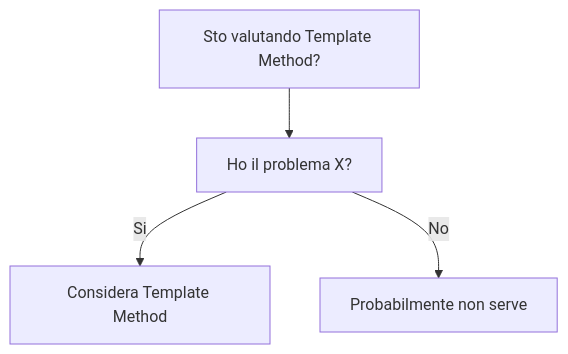
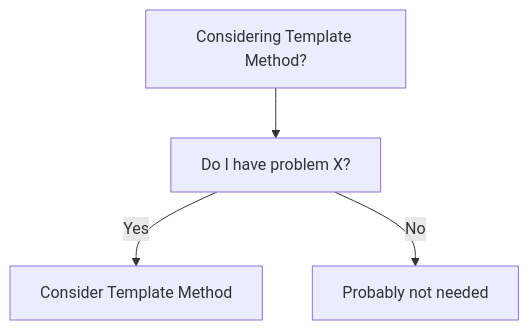
Before and after one commit to HxT9/Software-Dev-Wiki: the diagram in dev-wiki/03_Design_Patterns/Behavioral/Template_Method/When_To_Use.md, drawn with Mermaid. The commit also changed other lines of this file and 3444 other files, not shown here.

````diff
--- a/dev-wiki/03_Design_Patterns/Behavioral/Template_Method/When_To_Use.md
+++ b/dev-wiki/03_Design_Patterns/Behavioral/Template_Method/When_To_Use.md
@@ -19,6 +19,6 @@
 ```mermaid
 flowchart TD
-  Q[Sto valutando Template Method?] --> Q1[Ho il problema X?]
-  Q1 -->|Si| OK[Considera Template Method]
-  Q1 -->|No| NO[Probabilmente non serve]
+  Q[Considering Template Method?] --> Q1[Do I have problem X?]
+  Q1 -->|Yes| OK[Consider Template Method]
+  Q1 -->|No| NO[Probably not needed]
 ```
````
